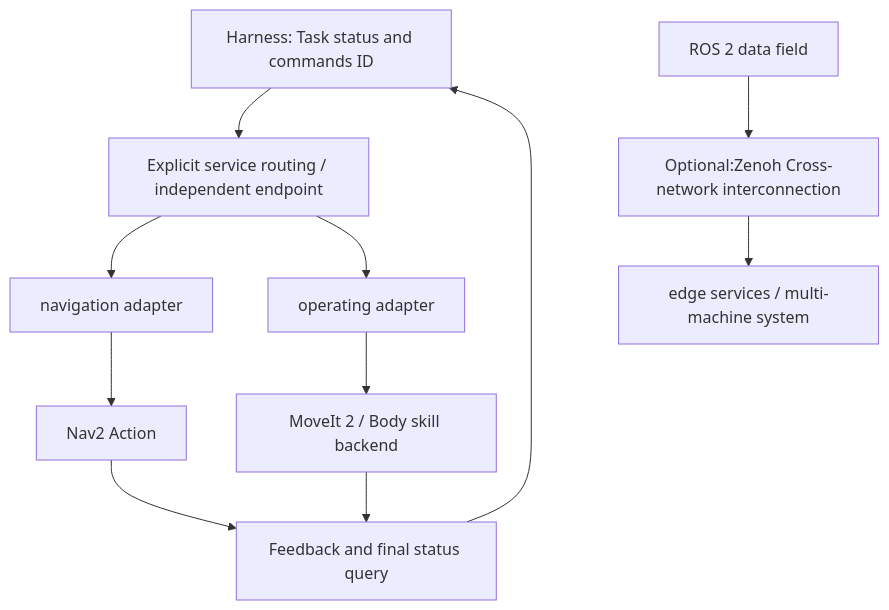
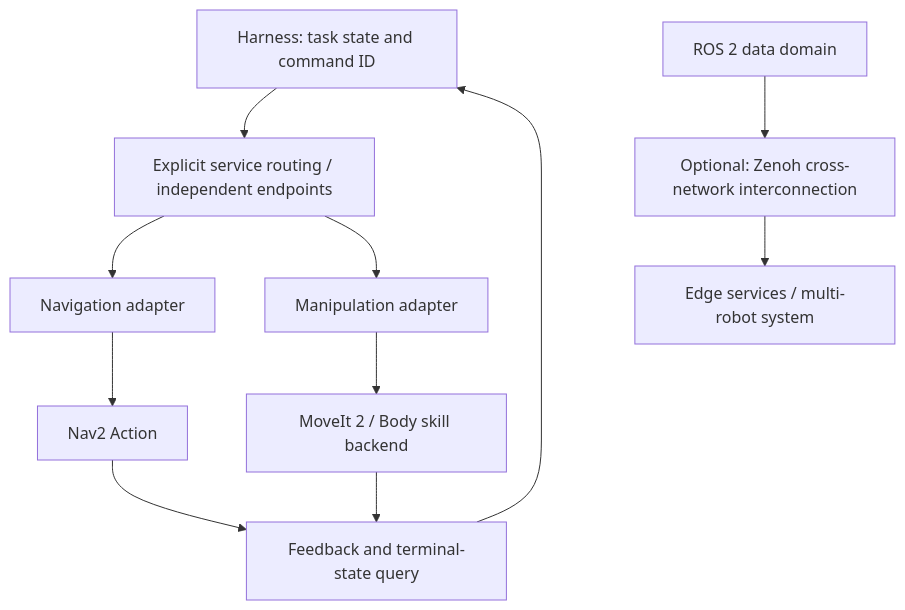
The fourth of 7 diagrams in _translations/en/research/Embodied-Agent-Harness-Survey.md (TingdeLiu/tingdeliu.github.io), drawn with Mermaid before and after one commit. The commit also changed other lines of this file and 51 other files, not shown here.

````diff
--- a/_translations/en/research/Embodied-Agent-Harness-Survey.md
+++ b/_translations/en/research/Embodied-Agent-Harness-Survey.md
@@ -329,13 +329,13 @@
 ```mermaid
 flowchart TB
-    H["Harness: Task status and commands ID"] --> Route["Explicit service routing / independent endpoint"]
-    Route --> N["navigation adapter"]
-    Route --> M["operating adapter"]
+    H["Harness: task state and command ID"] --> Route["Explicit service routing / independent endpoints"]
+    Route --> N["Navigation adapter"]
+    Route --> M["Manipulation adapter"]
     N --> Nav["Nav2 Action"]
     M --> Arm["MoveIt 2 / Body skill backend"]
-    Nav --> Feedback["Feedback and final status query"]
+    Nav --> Feedback["Feedback and terminal-state query"]
     Arm --> Feedback
     Feedback --> H
-    ROS["ROS 2 data field"] --> Zenoh["Optional:Zenoh Cross-network interconnection"]
-    Zenoh --> Fleet["edge services / multi-machine system"]
+    ROS["ROS 2 data domain"] --> Zenoh["Optional: Zenoh cross-network interconnection"]
+    Zenoh --> Fleet["Edge services / multi-robot system"]
 ```
````
